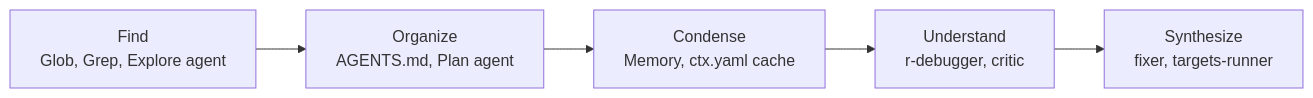
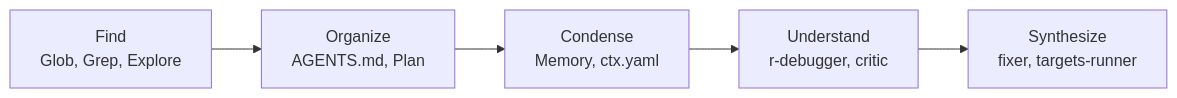
Before and after one commit to JohnGavin/llm: the fifth of 5 diagrams in vignettes/closeread-infrastructure.qmd, drawn with Mermaid. The commit also changed other lines of this file, not shown here.

First line of the commit message:
fix: diagrams outside tabs, horizontal layout, dark header, no TOC (#66)

````diff
--- a/vignettes/closeread-infrastructure.qmd
+++ b/vignettes/closeread-infrastructure.qmd
@@ -243,10 +200,8 @@
 ```{mermaid}
-%%| fig-cap: "FOCUS: how [Claude Code](https://claude.com/claude-code){target='_blank'} navigates a project. Find → Organize → Condense → Understand → Synthesize. Each phase maps to specific agents, rules, and skills."
+%%| fig-cap: "FOCUS: how [Claude Code](https://claude.com/claude-code){target='_blank'} navigates a project. Each phase maps to specific agents, rules, and skills."
 flowchart LR
-  F["Find<br/>Glob, Grep, Explore agent"]
-  O["Organize<br/>AGENTS.md, Plan agent"]
-  C["Condense<br/>Memory, ctx.yaml cache"]
-  U["Understand<br/>r-debugger, critic"]
-  Sy["Synthesize<br/>fixer, targets-runner"]
-  F --> O --> C --> U --> Sy
+  F["Find<br/>Glob, Grep, Explore"] --> O["Organize<br/>AGENTS.md, Plan"]
+  O --> C["Condense<br/>Memory, ctx.yaml"]
+  C --> U["Understand<br/>r-debugger, critic"]
+  U --> Sy["Synthesize<br/>fixer, targets-runner"]
 ```
````
